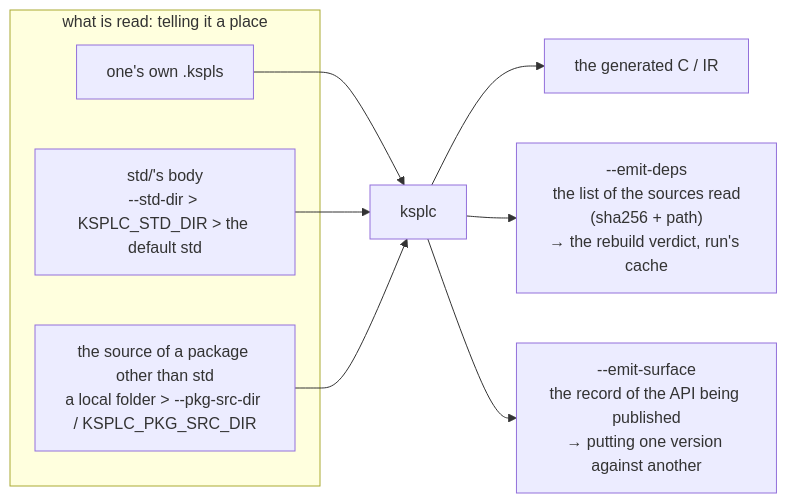
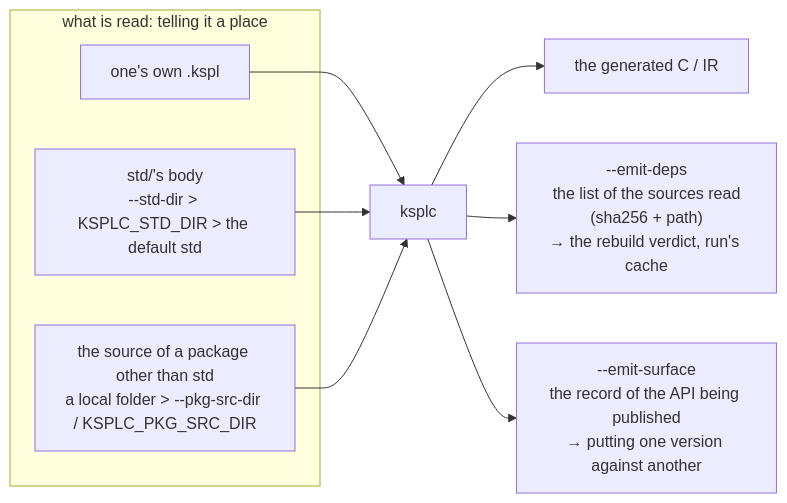
One commit to kansosystem-org/kspl-experimental changed the second of 3 diagrams in ksplc/docs/SPEC-tools.md. Above: the diagram before and after it, drawn with Mermaid. The commit also changed other lines of this file and 1422 other files, not shown here.

````diff
--- a/ksplc/docs/SPEC-tools.md
+++ b/ksplc/docs/SPEC-tools.md
@@ -349,14 +359,14 @@
 ```mermaid
 flowchart LR
     subgraph IN["what is read: telling it a place"]
-        SRC["one's own .kspls"]
+        SRC["one's own .kspl"]
         STD["std/'s body<br/>--std-dir > KSPLC_STD_DIR > the default std"]
         PKG["the source of a package other than std<br/>a local folder > --pkg-src-dir / KSPLC_PKG_SRC_DIR"]
     end
     SRC --> K["ksplc"]
     STD --> K
     PKG --> K
     K --> OUT["the generated C / IR"]
     K --> DEPS["--emit-deps<br/>the list of the sources read<br/>(sha256 + path)<br/>→ the rebuild verdict, run's cache"]
     K --> SURF["--emit-surface<br/>the record of the API being published<br/>→ putting one version against another"]
 ```
````
